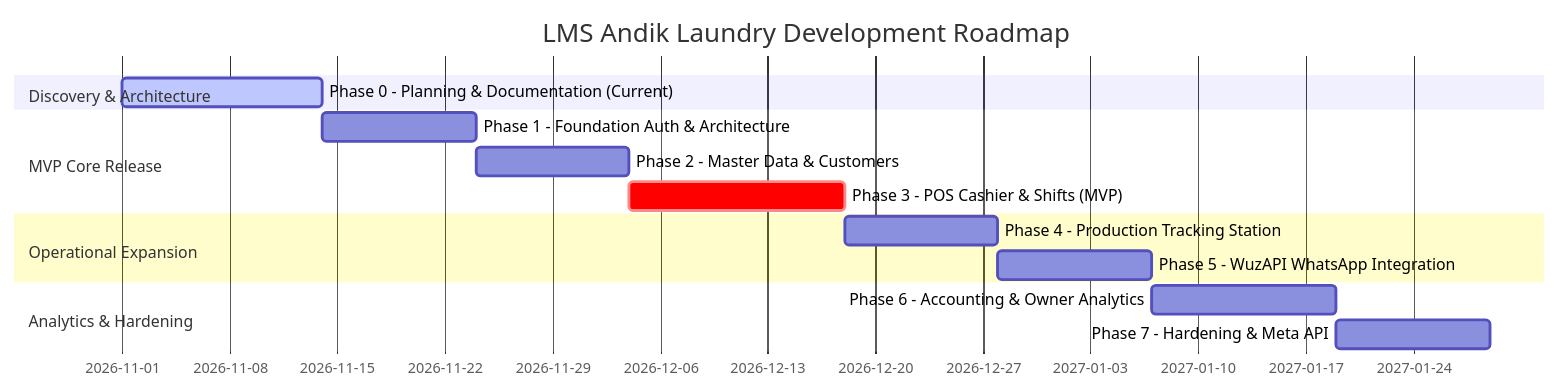
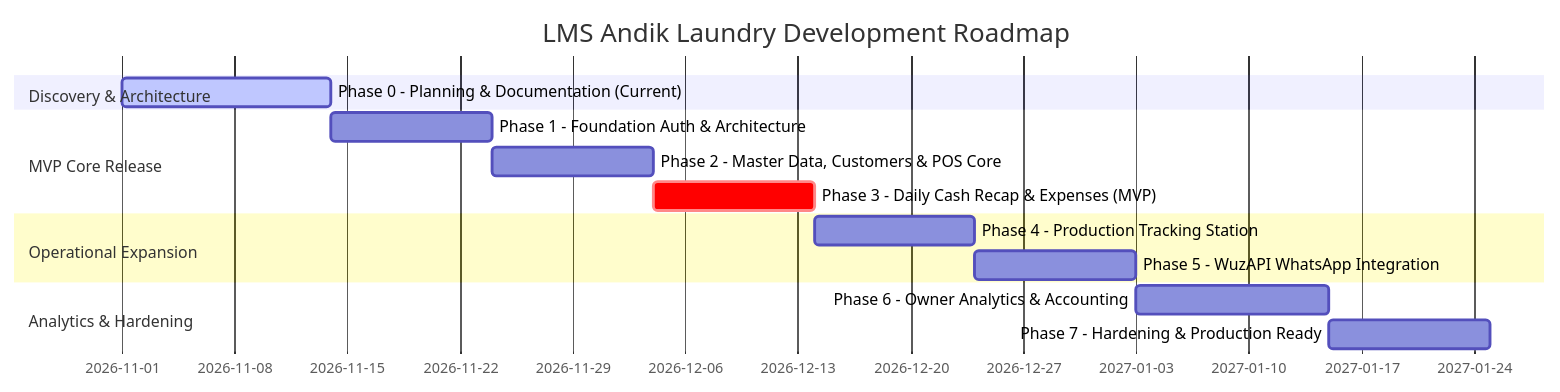
The first of 2 diagrams in docs/roadmap.md (RusdiEneri/LMS-AndikLaundry), drawn with Mermaid before and after one commit. The commit also changed other lines of this file and 165 other files, not shown here.

Commit message:
feat: complete LMS Andik Laundry (Phase 0 to Phase 7 production release)

````diff
--- a/docs/roadmap.md
+++ b/docs/roadmap.md
@@ -15,17 +15,17 @@
 ```mermaid
 gantt
     title LMS Andik Laundry Development Roadmap
     dateFormat  YYYY-MM-DD
     section Discovery & Architecture
     Phase 0 - Planning & Documentation (Current) :active, p0, 2026-11-01, 2026-11-14
     section MVP Core Release
     Phase 1 - Foundation Auth & Architecture     :p1, after p0, 10d
-    Phase 2 - Master Data & Customers            :p2, after p1, 10d
-    Phase 3 - POS Cashier & Shifts (MVP)         :crit, p3, after p2, 14d
+    Phase 2 - Master Data, Customers & POS Core  :p2, after p1, 10d
+    Phase 3 - Daily Cash Recap & Expenses (MVP)  :crit, p3, after p2, 10d
     section Operational Expansion
     Phase 4 - Production Tracking Station        :p4, after p3, 10d
     Phase 5 - WuzAPI WhatsApp Integration        :p5, after p4, 10d
     section Analytics & Hardening
-    Phase 6 - Accounting & Owner Analytics       :p6, after p5, 12d
-    Phase 7 - Hardening & Meta API               :p7, after p6, 10d
+    Phase 6 - Owner Analytics & Accounting       :p6, after p5, 12d
+    Phase 7 - Hardening & Production Ready       :p7, after p6, 10d
 ```
````
